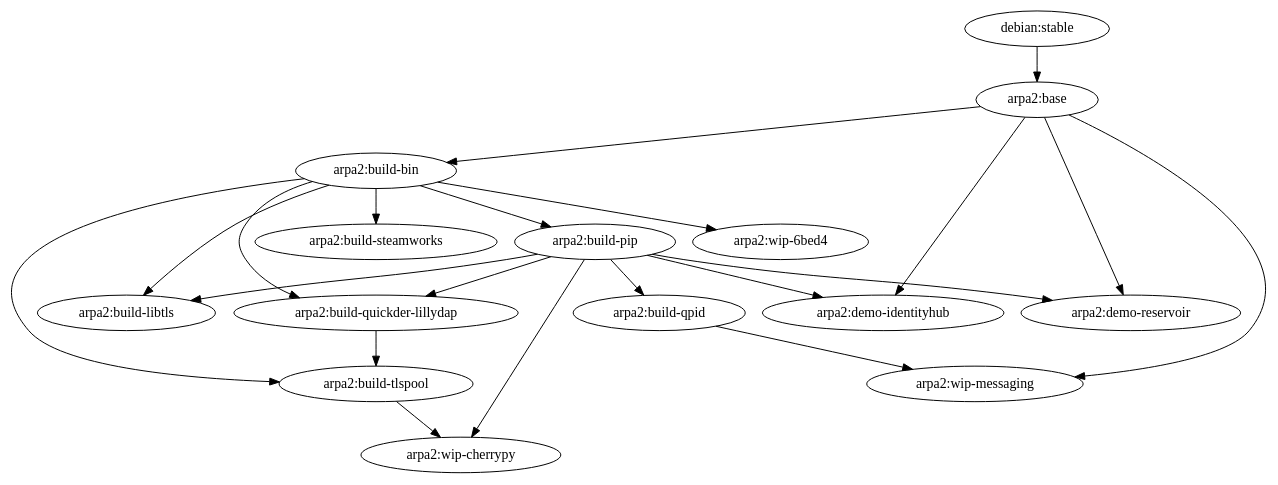
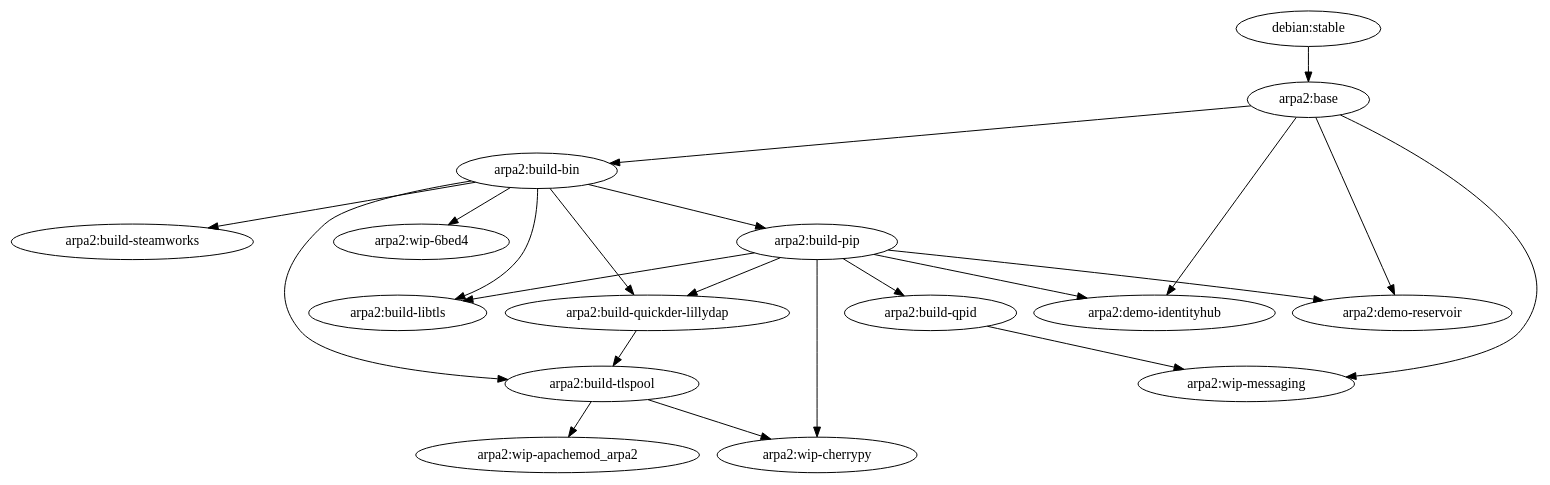
Before and after one commit to timkuijsten/docker-demo: the diagram in deps.dot, drawn with Graphviz. The commit also changed 2 other files, not shown here.

Commit message:
wip-apachemod_arpa2

```diff
--- a/deps.dot
+++ b/deps.dot
@@ -1,36 +1,38 @@
 digraph arpa2demos {
    "debian:stable";
    "arpa2:base";
    "debian:stable" -> "arpa2:base" ;
    "arpa2:build-bin";
    "arpa2:base" -> "arpa2:build-bin" ;
    "arpa2:build-libtls";
    "arpa2:build-pip" -> "arpa2:build-libtls" ;
    "arpa2:build-bin" -> "arpa2:build-libtls" ;
    "arpa2:build-pip";
    "arpa2:build-bin" -> "arpa2:build-pip" ;
    "arpa2:build-qpid";
    "arpa2:build-pip" -> "arpa2:build-qpid" ;
    "arpa2:build-quickder-lillydap";
    "arpa2:build-pip" -> "arpa2:build-quickder-lillydap" ;
    "arpa2:build-bin" -> "arpa2:build-quickder-lillydap" ;
    "arpa2:build-steamworks";
    "arpa2:build-bin" -> "arpa2:build-steamworks" ;
    "arpa2:build-tlspool";
    "arpa2:build-quickder-lillydap" -> "arpa2:build-tlspool" ;
    "arpa2:build-bin" -> "arpa2:build-tlspool" ;
    "arpa2:demo-identityhub";
    "arpa2:build-pip" -> "arpa2:demo-identityhub" ;
    "arpa2:base" -> "arpa2:demo-identityhub" ;
    "arpa2:demo-reservoir";
    "arpa2:build-pip" -> "arpa2:demo-reservoir" ;
    "arpa2:base" -> "arpa2:demo-reservoir" ;
    "arpa2:wip-6bed4";
    "arpa2:build-bin" -> "arpa2:wip-6bed4" ;
+   "arpa2:wip-apachemod_arpa2";
+   "arpa2:build-tlspool" -> "arpa2:wip-apachemod_arpa2" ;
    "arpa2:wip-cherrypy";
    "arpa2:build-pip" -> "arpa2:wip-cherrypy" ;
    "arpa2:build-tlspool" -> "arpa2:wip-cherrypy" ;
    "arpa2:wip-messaging";
    "arpa2:build-qpid" -> "arpa2:wip-messaging" ;
    "arpa2:base" -> "arpa2:wip-messaging" ;
 }
```
